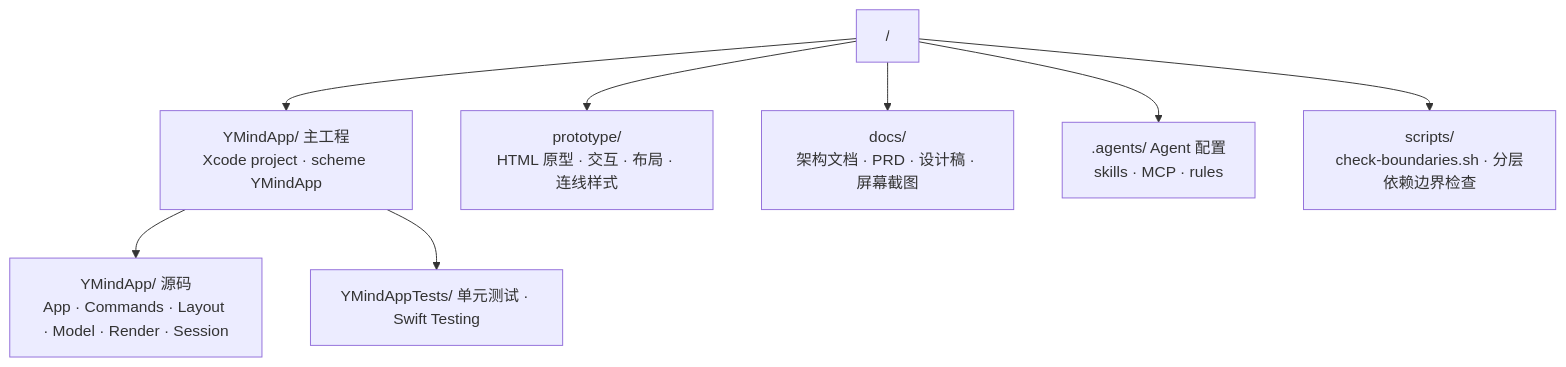
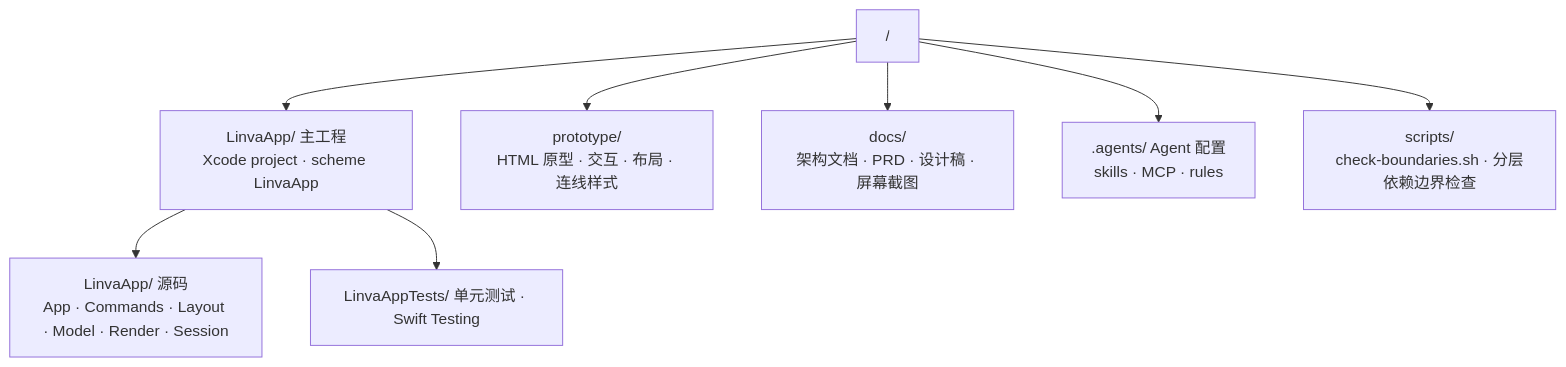
One commit to LieonShelly/Linva changed the fourth of 4 diagrams in README.md. Above: the diagram before and after it, drawn with Mermaid. The commit also changed other lines of this file and 327 other files, not shown here.

First line of the commit message:
chore: rebrand YMind → Linva throughout project

````diff
--- a/README.md
+++ b/README.md
@@ -205,10 +205,10 @@
 ```mermaid
 flowchart TD
-    ROOT["/"] --> APP["YMindApp/ 主工程<br/>Xcode project · scheme YMindApp"]
-    APP --> SRC["YMindApp/ 源码<br/>App · Commands · Layout · Model · Render · Session"]
-    APP --> TESTS["YMindAppTests/ 单元测试 · Swift Testing"]
+    ROOT["/"] --> APP["LinvaApp/ 主工程<br/>Xcode project · scheme LinvaApp"]
+    APP --> SRC["LinvaApp/ 源码<br/>App · Commands · Layout · Model · Render · Session"]
+    APP --> TESTS["LinvaAppTests/ 单元测试 · Swift Testing"]
     ROOT --> PROTO["prototype/<br/>HTML 原型 · 交互 · 布局 · 连线样式"]
     ROOT --> DOCS["docs/<br/>架构文档 · PRD · 设计稿 · 屏幕截图"]
     ROOT --> AGENTS[".agents/ Agent 配置<br/>skills · MCP · rules"]
     ROOT --> SCRIPTS["scripts/<br/>check-boundaries.sh · 分层依赖边界检查"]
 ```
````
